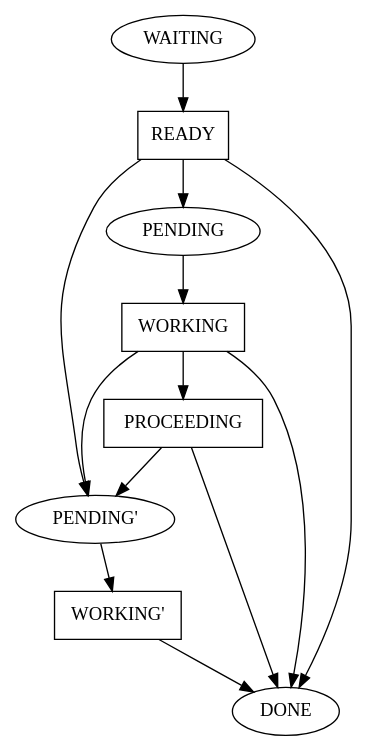
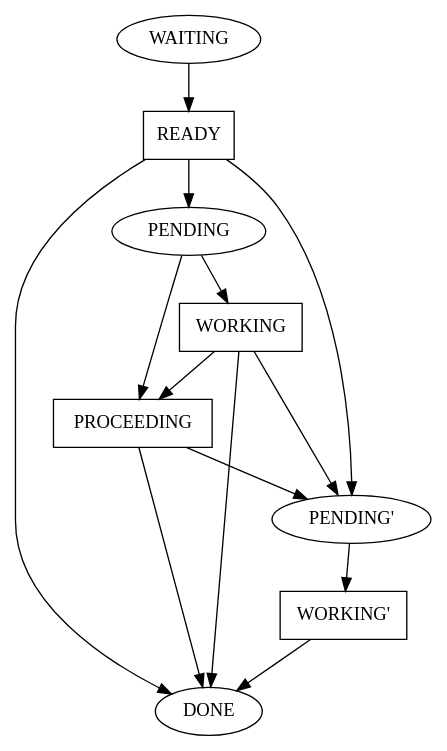
Before and after one commit to RobertHarper/TILT-Compiler: the diagram in Top/status.dot, drawn with Graphviz. The commit also changed 673 other files, not shown here.

```diff
--- a/Top/status.dot
+++ b/Top/status.dot
@@ -1,29 +1,30 @@
 digraph Status {
 	// ellipse: unit is waiting around
 	// box: unit is being worked on
 
 	READY [shape=box]			// master making plan
 	WORKING [shape=box]			// slave compiling
 	PROCEEDING [shape=box]			// slave compiling, interface done
 	WORKING2 [label="WORKING'", shape=box]	// master finishing up
 	
 	PENDING2 [label="PENDING'"]
 
 	WAITING -> READY
 	
 	READY -> PENDING
 	
 	READY -> PENDING2
 	WORKING -> PENDING2
 	PROCEEDING -> PENDING2
 
 	PENDING -> WORKING
+	PENDING -> PROCEEDING
 	WORKING -> PROCEEDING
 	
 	PENDING2 -> WORKING2
 		
 	READY -> DONE
 	WORKING -> DONE
 	PROCEEDING -> DONE
 	WORKING2 -> DONE
 }
```
